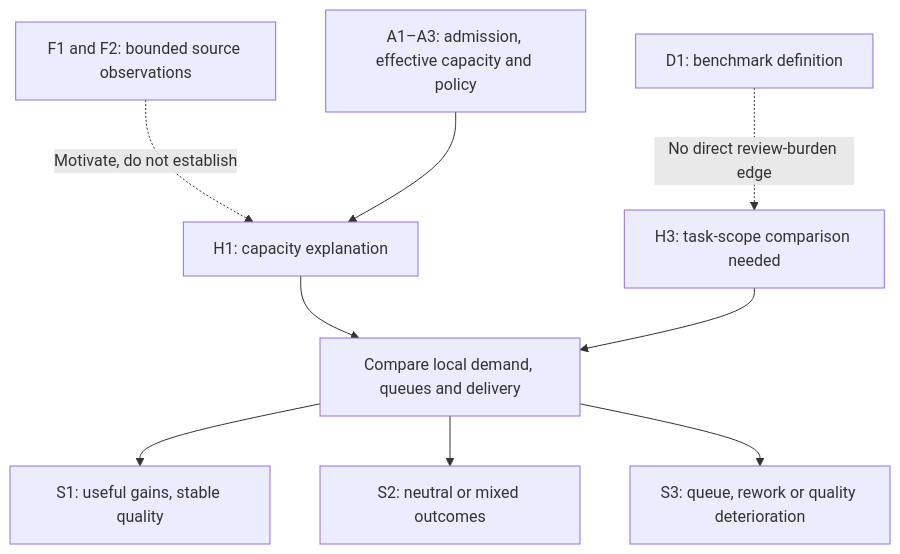
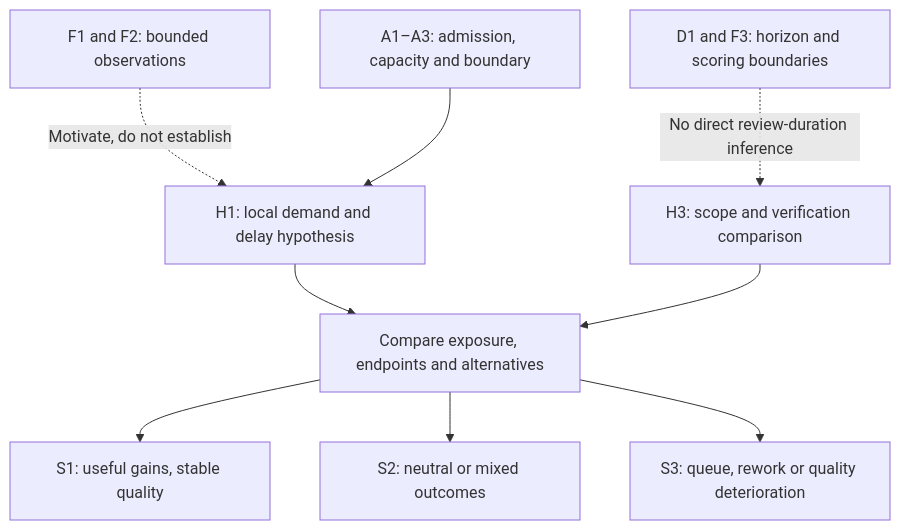
One commit to UncertaintyArchitectureGroup/The-Subprime-Code-Crisis changed the diagram in report/appendices/mechanism-hypotheses.md. Above: the diagram before and after it, drawn with Mermaid. The commit also changed other lines of this file and 17 other files, not shown here.

Commit message:
Review September sources and conditional delivery mechanism; Refs #63

````diff
--- a/report/appendices/mechanism-hypotheses.md
+++ b/report/appendices/mechanism-hypotheses.md
@@ -23,11 +24,11 @@
 ```mermaid
 flowchart TD
-    F["F1 and F2: bounded source observations"] -. "Motivate, do not establish" .-> H["H1: capacity explanation"]
-    A["A1–A3: admission, effective capacity and policy"] --> H
-    H --> T["Compare local demand, queues and delivery"]
-    D["D1: benchmark definition"] -. "No direct review-burden edge" .-> U["H3: task-scope comparison needed"]
+    F["F1 and F2: bounded observations"] -. "Motivate, do not establish" .-> H["H1: local demand and delay hypothesis"]
+    A["A1–A3: admission, capacity and boundary"] --> H
+    H --> T["Compare exposure, endpoints and alternatives"]
+    D["D1 and F3: horizon and scoring boundaries"] -. "No direct review-duration inference" .-> U["H3: scope and verification comparison"]
     U --> T
     T --> B["S1: useful gains, stable quality"]
     T --> N["S2: neutral or mixed outcomes"]
     T --> R["S3: queue, rework or quality deterioration"]
 ```
````
